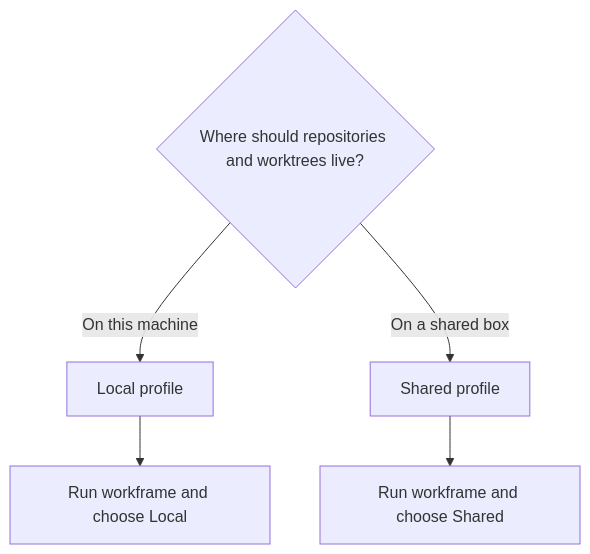
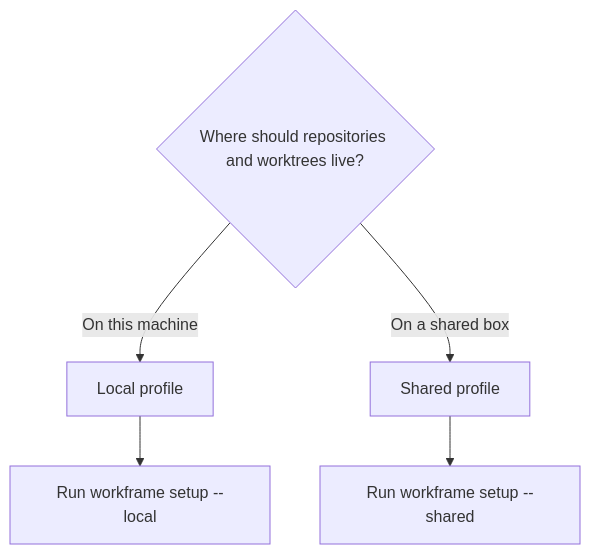
One commit to fschrhunt/code changed the diagram in docs/README.md. Above: the diagram before and after it, drawn with Mermaid. The commit also changed other lines of this file and 26 other files, not shown here.

````diff
--- a/docs/README.md
+++ b/docs/README.md
@@ -29,8 +29,8 @@
 ```mermaid
 flowchart TD
     A{Where should repositories and worktrees live?}
     A -->|On this machine| B[Local profile]
     A -->|On a shared box| C[Shared profile]
-    B --> D[Run workframe and choose Local]
-    C --> E[Run workframe and choose Shared]
+    B --> D[Run workframe setup --local]
+    C --> E[Run workframe setup --shared]
 ```
````
